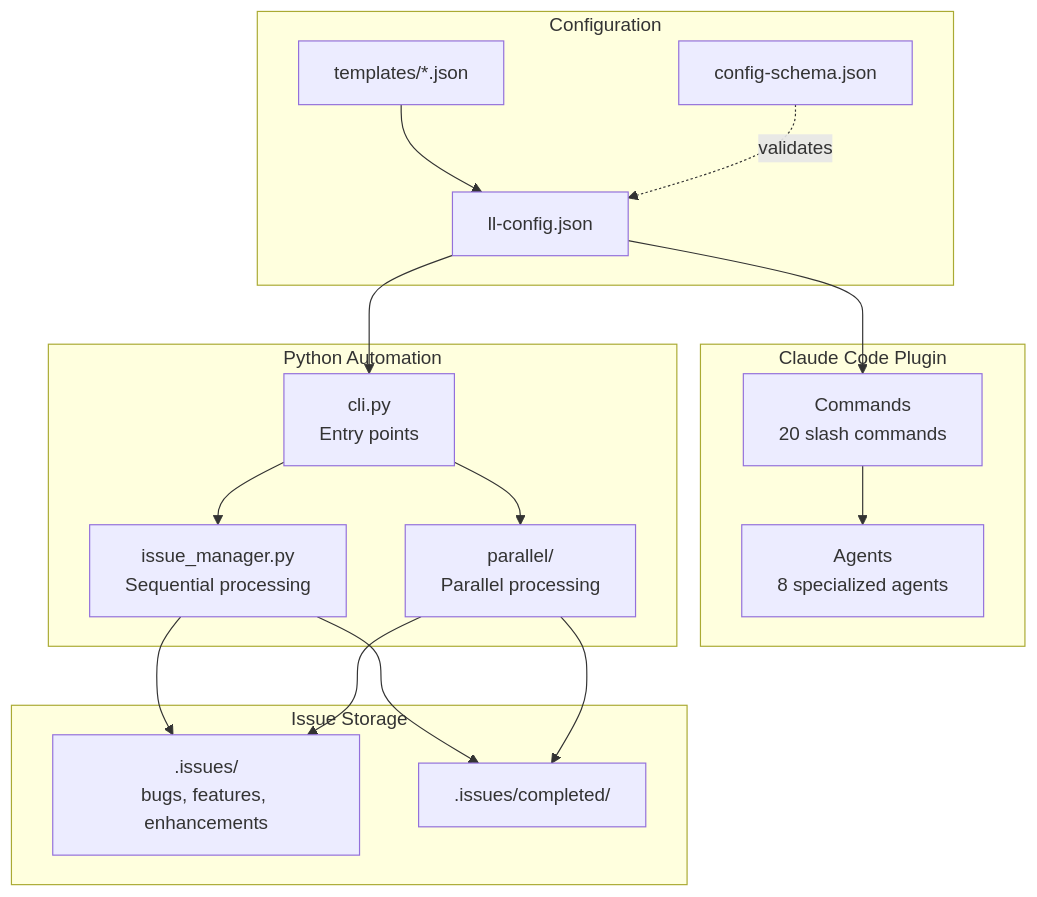
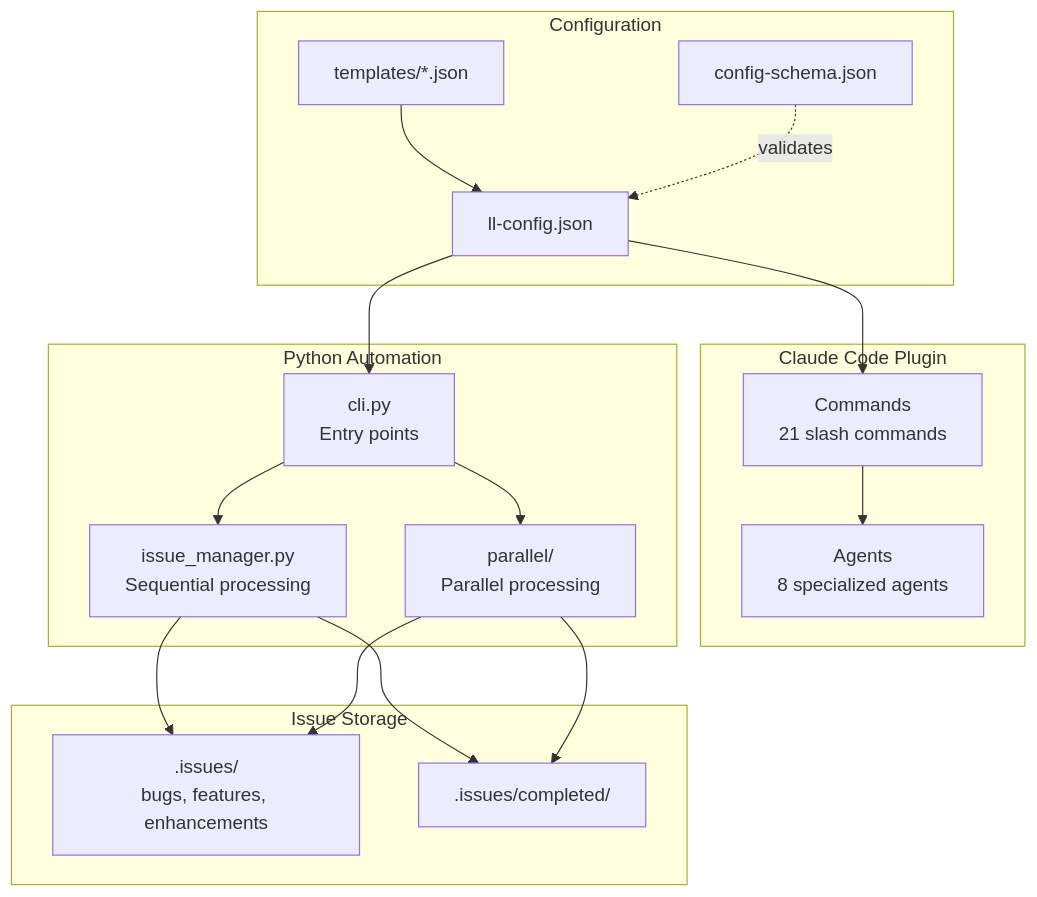
The first of 11 diagrams in docs/ARCHITECTURE.md (BrennonTWilliams/little-loops), drawn with Mermaid before and after one commit. The commit also changed other lines of this file and 4 other files, not shown here.

````diff
--- a/docs/ARCHITECTURE.md
+++ b/docs/ARCHITECTURE.md
@@ -21,36 +21,36 @@
 ```mermaid
 flowchart TB
     subgraph "Claude Code Plugin"
-        CMD[Commands<br/>20 slash commands]
+        CMD[Commands<br/>21 slash commands]
         AGT[Agents<br/>8 specialized agents]
     end
 
     subgraph "Configuration"
         CFG[ll-config.json]
         SCHEMA[config-schema.json]
         TPL[templates/*.json]
     end
 
     subgraph "Python Automation"
         CLI[cli.py<br/>Entry points]
         AUTO[issue_manager.py<br/>Sequential processing]
         PARALLEL[parallel/<br/>Parallel processing]
     end
 
     subgraph "Issue Storage"
         ISSUES[.issues/<br/>bugs, features, enhancements]
         COMPLETED[.issues/completed/]
     end
 
     CFG --> CMD
     TPL --> CFG
     SCHEMA -.->|validates| CFG
     CFG --> CLI
     CMD --> AGT
     CLI --> AUTO
     CLI --> PARALLEL
     AUTO --> ISSUES
     PARALLEL --> ISSUES
     AUTO --> COMPLETED
     PARALLEL --> COMPLETED
 ```
````
